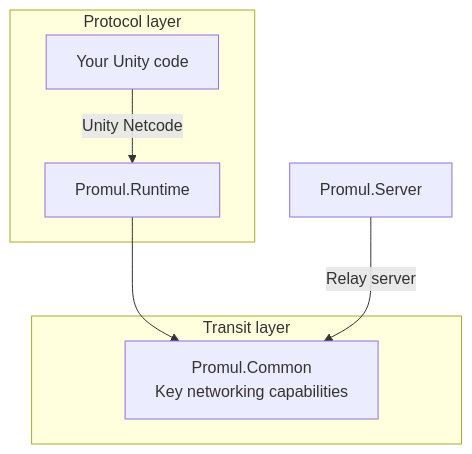
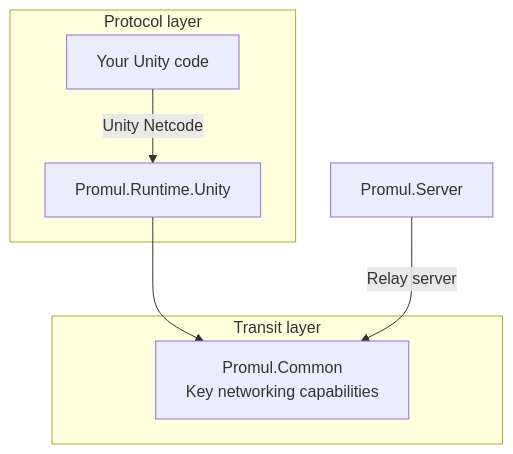
Before and after one commit to jacksonrakena/promul: the first of 2 diagrams in README.md, drawn with Mermaid.

````diff
--- a/README.md
+++ b/README.md
@@ -28,10 +28,10 @@
 ```mermaid
 flowchart TD
     subgraph "Protocol layer"
-    A[Your Unity code] -->|Unity Netcode| B[Promul.Runtime]
+    A[Your Unity code] -->|Unity Netcode| B[Promul.Runtime.Unity]
     end
     subgraph Transit layer
     B --> C[Promul.Common\nKey networking capabilities]
     end
     D[Promul.Server] -->|Relay server| C
 ```
````
